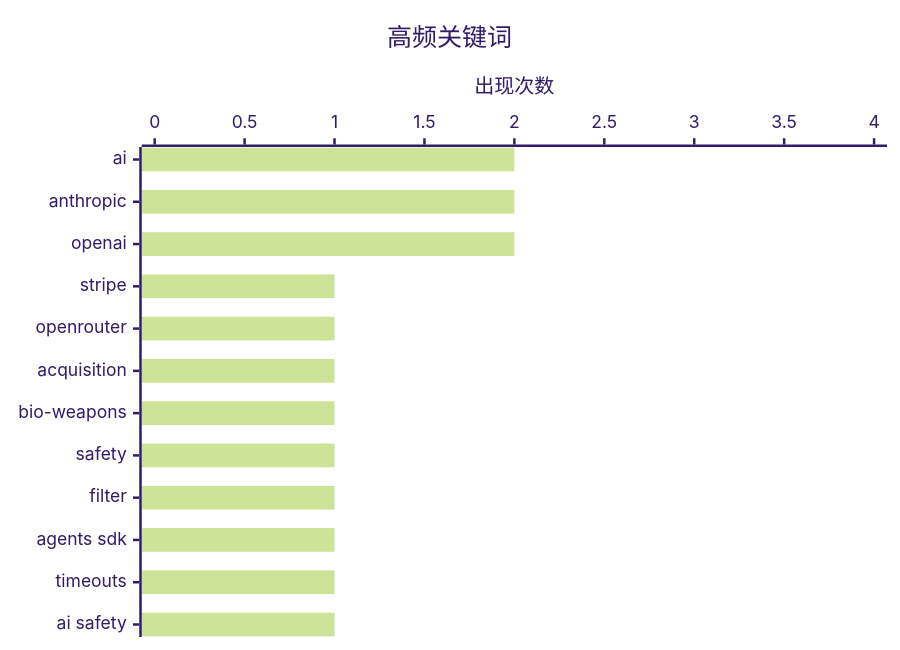
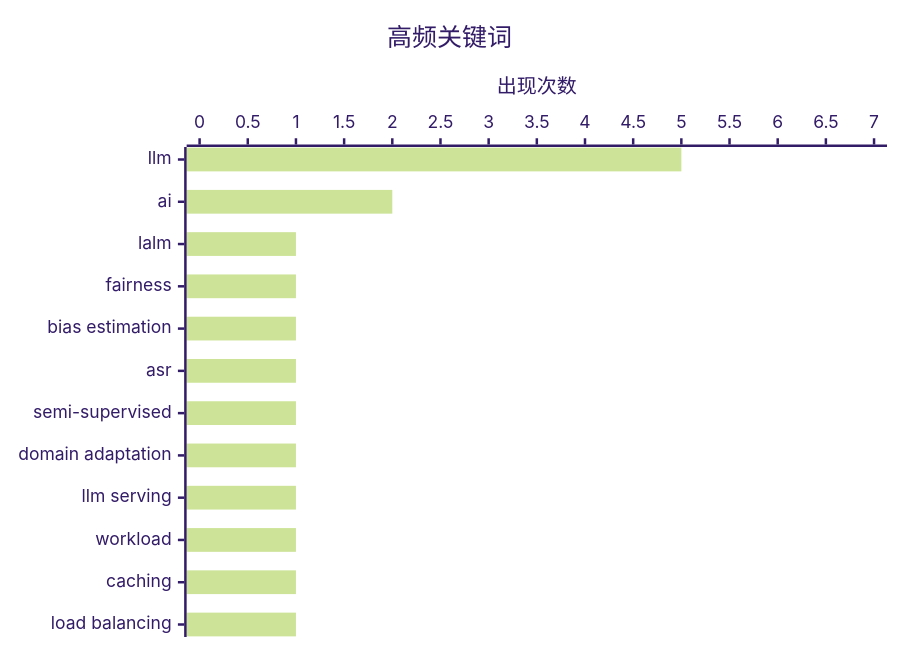
The second of 2 diagrams in digests/digest-20260817.md (Halcyon-ccc/ai-daily-digest), drawn with Mermaid (forest theme) before and after one commit. The commit also changed other lines of this file and 1 other file, not shown here.

````diff
--- a/digests/digest-20260817.md
+++ b/digests/digest-20260817.md
@@ -297,7 +320,7 @@
 ```mermaid
 xychart-beta horizontal
     title "高频关键词"
-    x-axis ["ai", "anthropic", "openai", "stripe", "openrouter", "acquisition", "bio-weapons", "safety", "filter", "agents sdk", "timeouts", "ai safety"]
-    y-axis "出现次数" 0 --> 4
-    bar [2, 2, 2, 1, 1, 1, 1, 1, 1, 1, 1, 1]
+    x-axis ["llm", "ai", "lalm", "fairness", "bias estimation", "asr", "semi-supervised", "domain adaptation", "llm serving", "workload", "caching", "load balancing"]
+    y-axis "出现次数" 0 --> 7
+    bar [5, 2, 1, 1, 1, 1, 1, 1, 1, 1, 1, 1]
 ```
````
